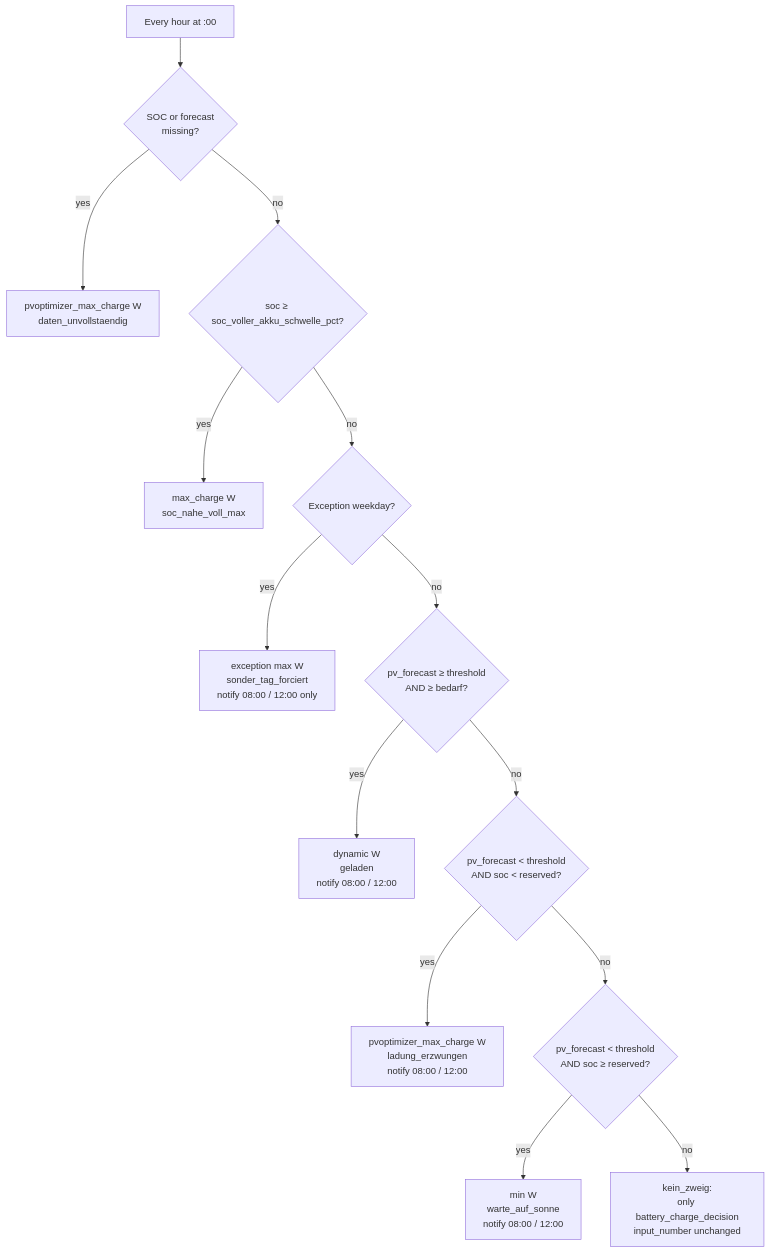
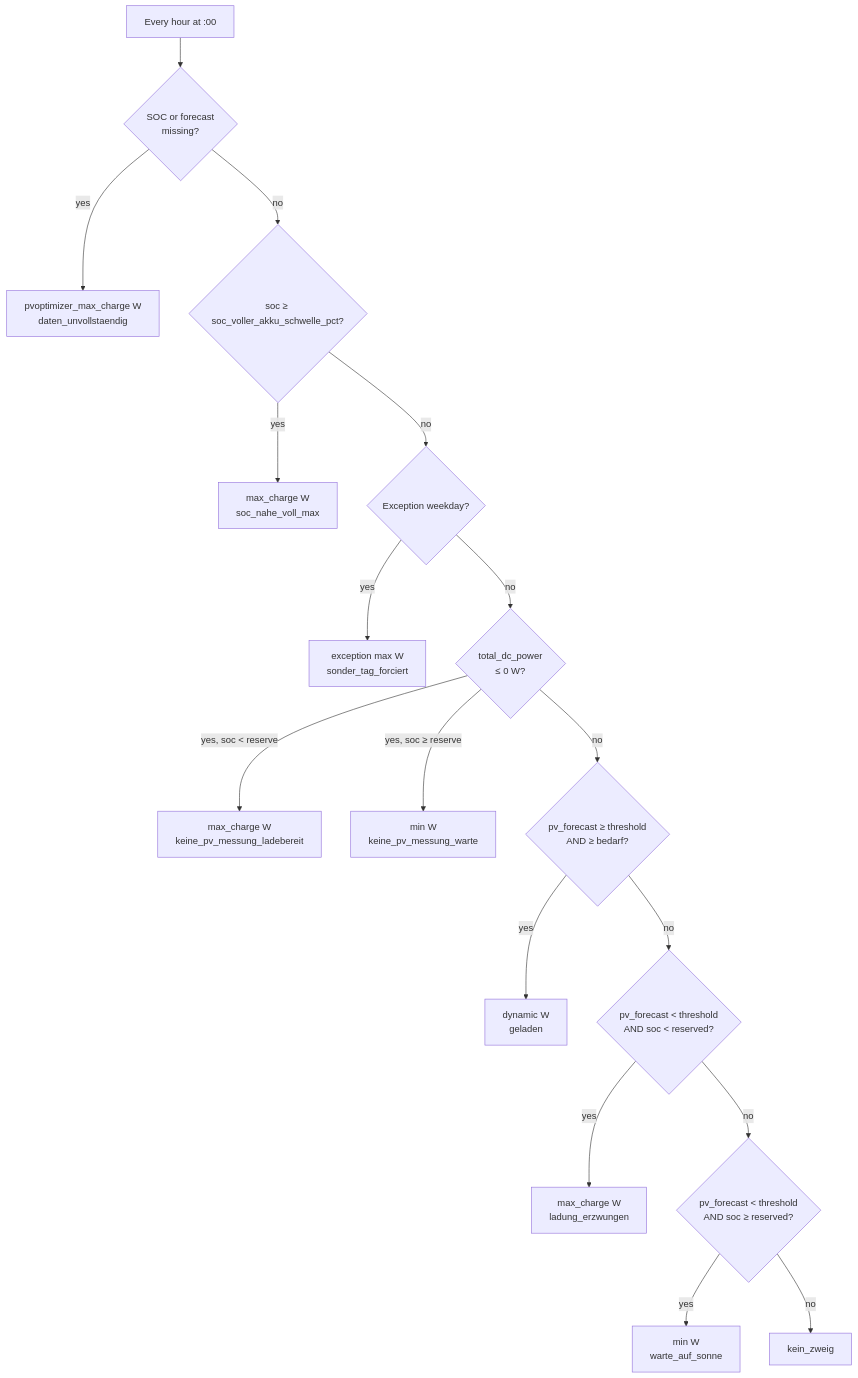
One commit to apographon/PVOptimizer changed the diagram in docs/PVOPTIMIZER.md. Above: the diagram before and after it, drawn with Mermaid. The commit also changed other lines of this file and 2 other files, not shown here.

Commit message:
feat(pvoptimizer): gate forecast arms on measured PV (total_dc_power); doc + log PV_W

````diff
--- a/docs/PVOPTIMIZER.md
+++ b/docs/PVOPTIMIZER.md
@@ -362,16 +367,19 @@
 ```mermaid
 flowchart TD
   A[Every hour at :00] --> O{SOC or forecast\nmissing?}
   O -->|yes| U[pvoptimizer_max_charge W\ndaten_unvollstaendig]
   O -->|no| S{soc ≥ soc_voller_akku_schwelle_pct?}
   S -->|yes| M[max_charge W\nsoc_nahe_voll_max]
   S -->|no| B{Exception weekday?}
-  B -->|yes| F[exception max W\nsonder_tag_forciert\nnotify 08:00 / 12:00 only]
-  B -->|no| C{pv_forecast ≥ threshold\nAND ≥ bedarf?}
-  C -->|yes| G[dynamic W\ngeladen\nnotify 08:00 / 12:00]
+  B -->|yes| F[exception max W\nsonder_tag_forciert]
+  B -->|no| P{total_dc_power\n≤ 0 W?}
+  P -->|yes, soc < reserve| N1[max_charge W\nkeine_pv_messung_ladebereit]
+  P -->|yes, soc ≥ reserve| N2[min W\nkeine_pv_messung_warte]
+  P -->|no| C{pv_forecast ≥ threshold\nAND ≥ bedarf?}
+  C -->|yes| G[dynamic W\ngeladen]
   C -->|no| D{pv_forecast < threshold\nAND soc < reserved?}
-  D -->|yes| H[pvoptimizer_max_charge W\nladung_erzwungen\nnotify 08:00 / 12:00]
+  D -->|yes| H[max_charge W\nladung_erzwungen]
   D -->|no| E{pv_forecast < threshold\nAND soc ≥ reserved?}
-  E -->|yes| I[min W\nwarte_auf_sonne\nnotify 08:00 / 12:00]
-  E -->|no| J[kein_zweig:\nonly battery_charge_decision\ninput_number unchanged]
+  E -->|yes| I[min W\nwarte_auf_sonne]
+  E -->|no| J[kein_zweig]
 ```
````
